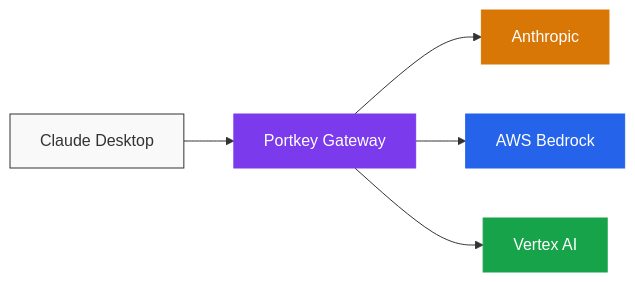
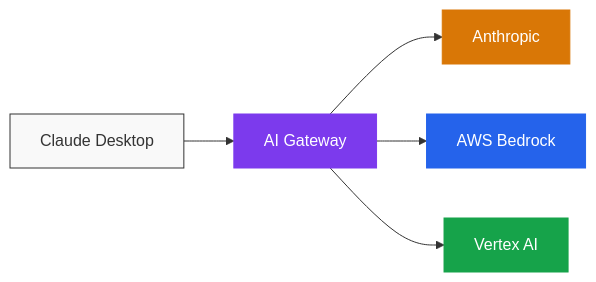
The diagram in aigw/integrations/libraries/claude-desktop.mdx (Portkey-AI/docs-core), drawn with Mermaid before and after one commit. The commit also changed 174 other files, not shown here.

````diff
--- a/aigw/integrations/libraries/claude-desktop.mdx
+++ b/aigw/integrations/libraries/claude-desktop.mdx
@@ -8,13 +8,13 @@
 ```mermaid
 flowchart LR
-    CD["Claude Desktop"] --> PG["Portkey Gateway"]
+    CD["Claude Desktop"] --> PG["AI Gateway"]
     PG --> A["Anthropic"]
     PG --> B["AWS Bedrock"]
     PG --> V["Vertex AI"]
 
     style CD fill:#f9f9f9,stroke:#333
     style PG fill:#7c3aed,stroke:#7c3aed,color:#fff
     style A fill:#d97706,stroke:#d97706,color:#fff
     style B fill:#2563eb,stroke:#2563eb,color:#fff
     style V fill:#16a34a,stroke:#16a34a,color:#fff
 ```
````
